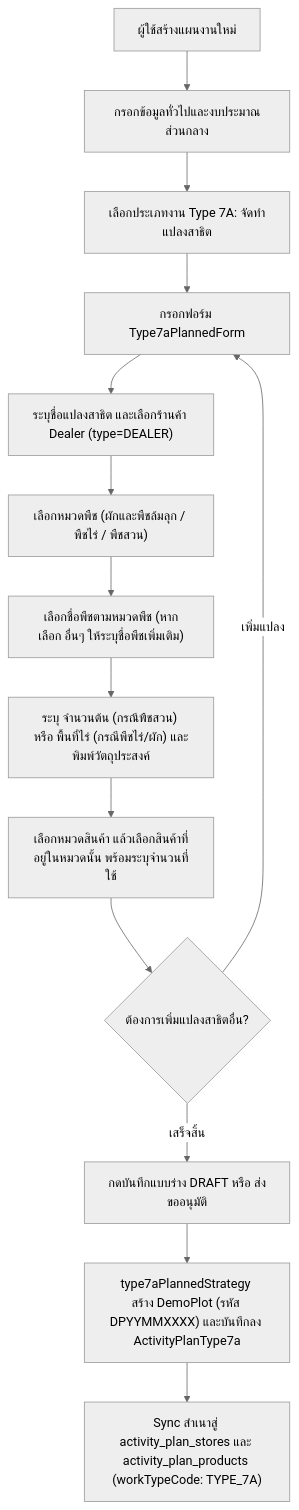
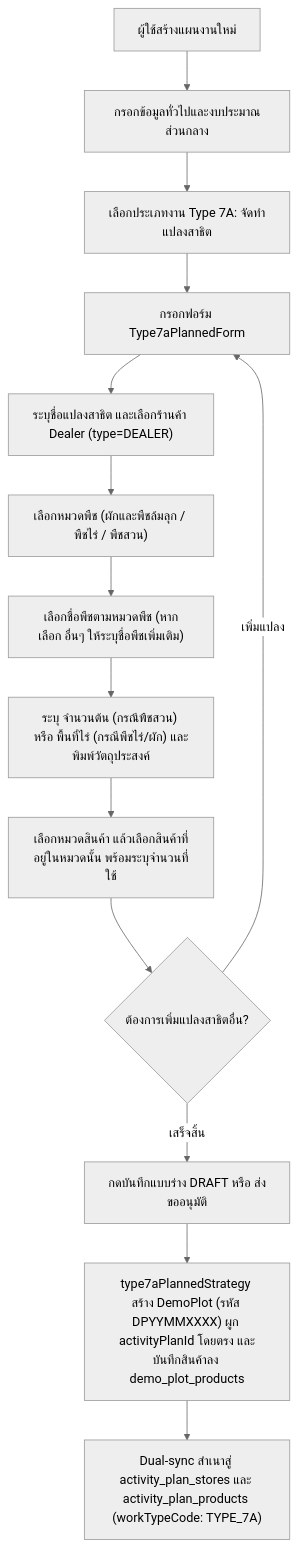
Before and after one commit to bankhk10/crm-bank: the first of 4 diagrams in modules/activity/features/type-7a/README.md, drawn with Mermaid (neutral theme). The commit also changed other lines of this file and 8 other files, not shown here.

````diff
--- a/modules/activity/features/type-7a/README.md
+++ b/modules/activity/features/type-7a/README.md
@@ -64,16 +64,16 @@
 ```mermaid
 graph TD
     A["ผู้ใช้สร้างแผนงานใหม่"] --> B["กรอกข้อมูลทั่วไปและงบประมาณส่วนกลาง"]
     B --> C["เลือกประเภทงาน Type 7A: จัดทำแปลงสาธิต"]
     C --> D["กรอกฟอร์ม Type7aPlannedForm"]
     D --> E["ระบุชื่อแปลงสาธิต และเลือกร้านค้า Dealer (type=DEALER)"]
     E --> F["เลือกหมวดพืช (ผักและพืชล้มลุก / พืชไร่ / พืชสวน)"]
     F --> G["เลือกชื่อพืชตามหมวดพืช (หากเลือก อื่นๆ ให้ระบุชื่อพืชเพิ่มเติม)"]
     G --> H["ระบุ จำนวนต้น (กรณีพืชสวน) หรือ พื้นที่ไร่ (กรณีพืชไร่/ผัก) และพิมพ์วัตถุประสงค์"]
     H --> I["เลือกหมวดสินค้า แล้วเลือกสินค้าที่อยู่ในหมวดนั้น พร้อมระบุจำนวนที่ใช้"]
     I --> J{"ต้องการเพิ่มแปลงสาธิตอื่น?"}
     J -->|"เพิ่มแปลง"| D
     J -->|"เสร็จสิ้น"| K["กดบันทึกแบบร่าง DRAFT หรือ ส่งขออนุมัติ"]
-    K --> L["type7aPlannedStrategy สร้าง DemoPlot (รหัส DPYYMMXXXX) และบันทึกลง ActivityPlanType7a"]
-    L --> M["Sync สำเนาสู่ activity_plan_stores และ activity_plan_products (workTypeCode: TYPE_7A)"]
+    K --> L["type7aPlannedStrategy สร้าง DemoPlot (รหัส DPYYMMXXXX) ผูก activityPlanId โดยตรง และบันทึกสินค้าลง demo_plot_products"]
+    L --> M["Dual-sync สำเนาสู่ activity_plan_stores และ activity_plan_products (workTypeCode: TYPE_7A)"]
 ```
````
